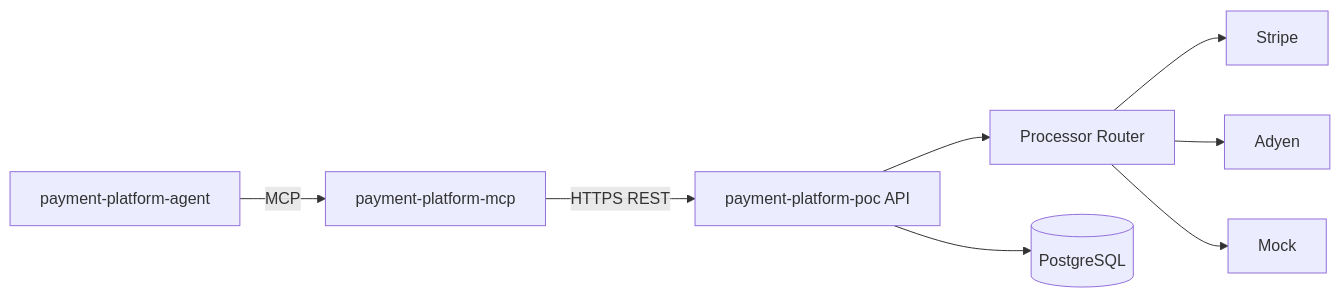
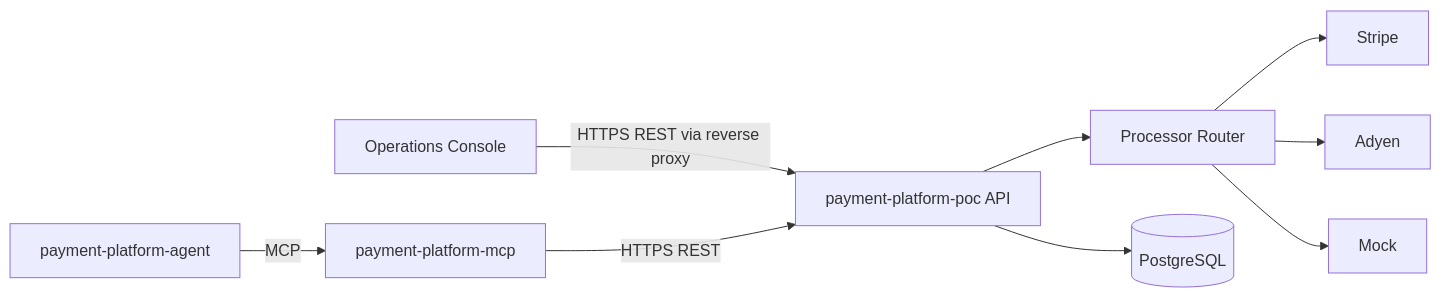
One commit to kagarwaltech-sys/payment-platform-poc changed the diagram in payment-platform-poc-docs/payment-platform-poc/docs/08-ai-mcp-architecture.md. Above: the diagram before and after it, drawn with Mermaid. The commit also changed other lines of this file and 13 other files, not shown here.

Commit message:
Add end-to-end payment operations console

````diff
--- a/payment-platform-poc-docs/payment-platform-poc/docs/08-ai-mcp-architecture.md
+++ b/payment-platform-poc-docs/payment-platform-poc/docs/08-ai-mcp-architecture.md
@@ -9,10 +9,11 @@
 ```mermaid
 flowchart LR
+    UI[Operations Console] -->|HTTPS REST via reverse proxy| API
     AGENT[payment-platform-agent] -->|MCP| MCP[payment-platform-mcp]
     MCP -->|HTTPS REST| API[payment-platform-poc API]
     API --> ROUTER[Processor Router]
     ROUTER --> STRIPE[Stripe]
     ROUTER --> ADYEN[Adyen]
     ROUTER --> MOCK[Mock]
     API --> DB[(PostgreSQL)]
 ```
````
